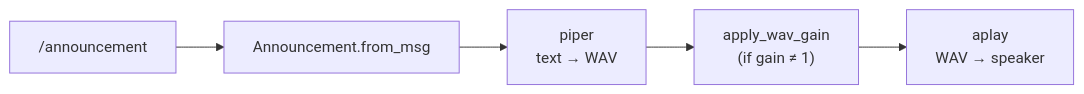
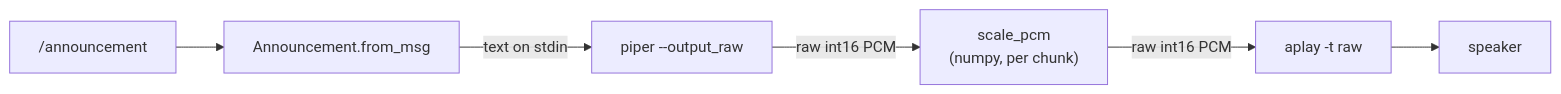
The diagram in 01-literate/04-speech_output_node.md (Boston-Robot-Hackers/dome_voice), drawn with Mermaid before and after one commit. The commit also changed other lines of this file and 20 other files, not shown here.

````diff
--- a/01-literate/04-speech_output_node.md
+++ b/01-literate/04-speech_output_node.md
@@ -14,7 +14,8 @@
 ```mermaid
 flowchart LR
     A["/announcement"] --> B[Announcement.from_msg]
-    B --> C["piper<br/>text → WAV"]
-    C --> D["apply_wav_gain<br/>(if gain ≠ 1)"]
-    D --> E["aplay<br/>WAV → speaker"]
+    B -->|text on stdin| C["piper --output_raw"]
+    C -->|raw int16 PCM| D["scale_pcm<br/>(numpy, per chunk)"]
+    D -->|raw int16 PCM| E["aplay -t raw"]
+    E --> F[speaker]
 ```
````
